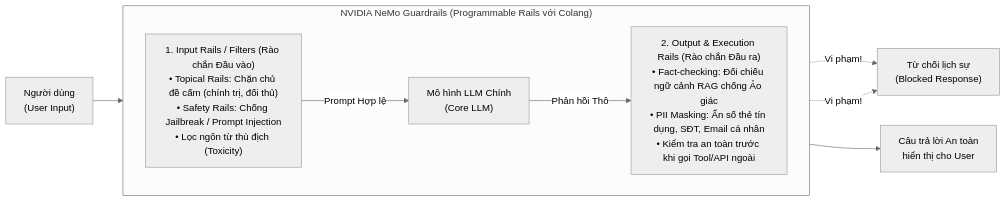
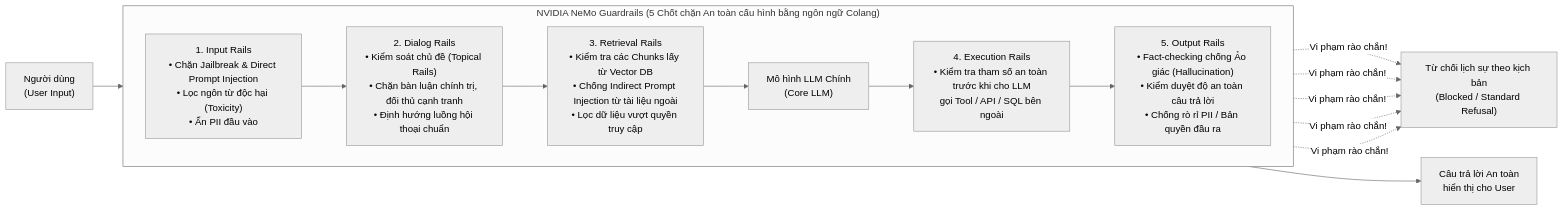
The third of 4 diagrams in Module_09_Ethical_AI.md (nxthanh2904/nca-genl), drawn with Mermaid (neutral theme) before and after one commit. The commit also changed other lines of this file and 11 other files, not shown here.

````diff
--- a/Module_09_Ethical_AI.md
+++ b/Module_09_Ethical_AI.md
@@ -77,23 +102,28 @@
 ```mermaid
 flowchart LR
     User["Người dùng<br/>(User Input)"]
     
-    subgraph Guardrails["NVIDIA NeMo Guardrails (Programmable Rails với Colang)"]
+    subgraph Guardrails["NVIDIA NeMo Guardrails (5 Chốt chặn An toàn cấu hình bằng ngôn ngữ Colang)"]
         direction LR
-        InFilter["1. Input Rails / Filters (Rào chắn Đầu vào)<br/>• Topical Rails: Chặn chủ đề cấm (chính trị, đối thủ)<br/>• Safety Rails: Chống Jailbreak / Prompt Injection<br/>• Lọc ngôn từ thù địch (Toxicity)"]
+        R1["1. Input Rails<br/>• Chặn Jailbreak & Direct Prompt Injection<br/>• Lọc ngôn từ độc hại (Toxicity)<br/>• Ẩn PII đầu vào"]
+        
+        R2["2. Dialog Rails<br/>• Kiểm soát chủ đề (Topical Rails)<br/>• Chặn bàn luận chính trị, đối thủ cạnh tranh<br/>• Định hướng luồng hội thoại chuẩn"]
+        
+        R3["3. Retrieval Rails<br/>• Kiểm tra các Chunks lấy từ Vector DB<br/>• Chống Indirect Prompt Injection từ tài liệu ngoài<br/>• Lọc dữ liệu vượt quyền truy cập"]
         
         LLM["Mô hình LLM Chính<br/>(Core LLM)"]
         
-        OutFilter["2. Output & Execution Rails (Rào chắn Đầu ra)<br/>• Fact-checking: Đối chiếu ngữ cảnh RAG chống Ảo giác<br/>• PII Masking: Ẩn số thẻ tín dụng, SĐT, Email cá nhân<br/>• Kiểm tra an toàn trước khi gọi Tool/API ngoài"]
+        R4["4. Execution Rails<br/>• Kiểm tra tham số an toàn trước khi cho LLM<br/>gọi Tool / API / SQL bên ngoài"]
         
-        InFilter -->|"Prompt Hợp lệ"| LLM -->|"Phản hồi Thô"| OutFilter
+        R5["5. Output Rails<br/>• Fact-checking chống Ảo giác (Hallucination)<br/>• Kiểm duyệt độ an toàn câu trả lời<br/>• Chống rò rỉ PII / Bản quyền đầu ra"]
+        
+        R1 --> R2 --> R3 --> LLM --> R4 --> R5
     end
 
     SafeAns["Câu trả lời An toàn<br/>hiển thị cho User"]
-    Block["Từ chối lịch sự<br/>(Blocked Response)"]
+    Block["Từ chối lịch sự theo kịch bản<br/>(Blocked / Standard Refusal)"]
 
-    User --> InFilter
-    InFilter -.->|"Vi phạm!"| Block
-    OutFilter -.->|"Vi phạm!"| Block
-    OutFilter --> SafeAns
+    User --> R1
+    R1 & R2 & R3 & R4 & R5 -.->|"Vi phạm rào chắn!"| Block
+    R5 --> SafeAns
 ```
````
